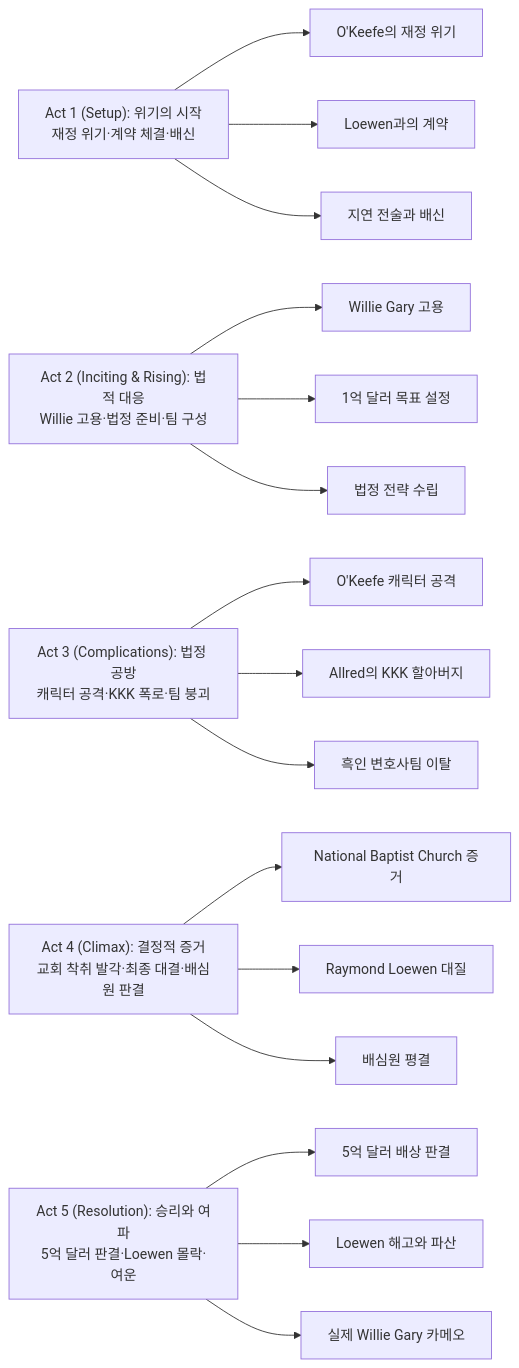
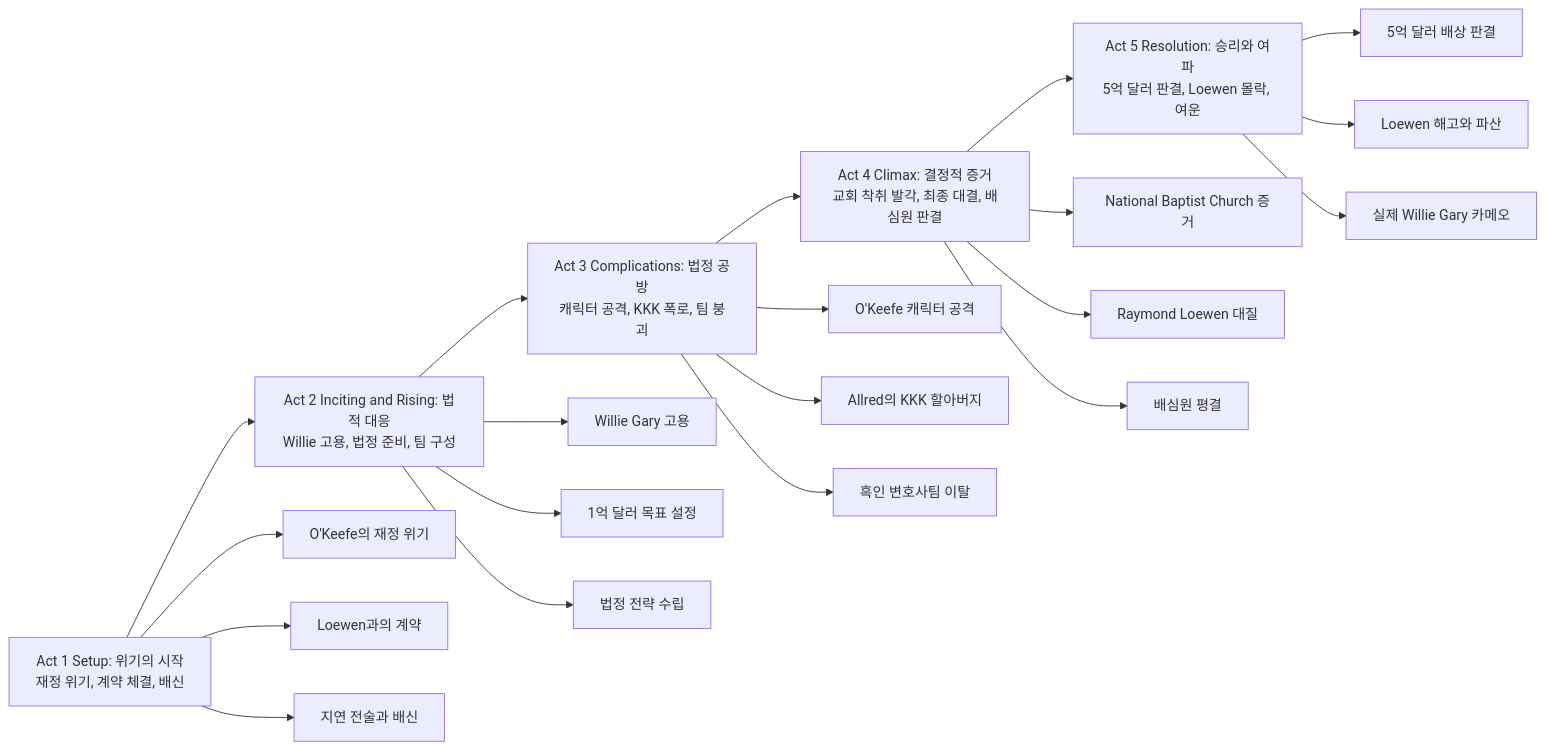
The diagram in content/collection/Movies/2023/2023-11-27-The-Burial-2023/index.md (42jerrykim/42jerrykim.github.io), drawn with Mermaid before and after one commit. The commit also changed other lines of this file and 15 other files, not shown here.

````diff
--- a/content/collection/Movies/2023/2023-11-27-The-Burial-2023/index.md
+++ b/content/collection/Movies/2023/2023-11-27-The-Burial-2023/index.md
@@ -104,23 +128,24 @@
 ```mermaid
 flowchart LR
-    A["Act 1 (Setup): 위기의 시작<br/>재정 위기·계약 체결·배신"]
-    B["Act 2 (Inciting & Rising): 법적 대응<br/>Willie 고용·법정 준비·팀 구성"]
-    C["Act 3 (Complications): 법정 공방<br/>캐릭터 공격·KKK 폭로·팀 붕괴"]
-    D["Act 4 (Climax): 결정적 증거<br/>교회 착취 발각·최종 대결·배심원 판결"]
-    E["Act 5 (Resolution): 승리와 여파<br/>5억 달러 판결·Loewen 몰락·여운"]
-    A --> A1["O'Keefe의 재정 위기"]
-    A --> A2["Loewen과의 계약"]
-    A --> A3["지연 전술과 배신"]
-    B --> B1["Willie Gary 고용"]
-    B --> B2["1억 달러 목표 설정"]
-    B --> B3["법정 전략 수립"]
-    C --> C1["O'Keefe 캐릭터 공격"]
-    C --> C2["Allred의 KKK 할아버지"]
-    C --> C3["흑인 변호사팀 이탈"]
-    D --> D1["National Baptist Church 증거"]
-    D --> D2["Raymond Loewen 대질"]
-    D --> D3["배심원 평결"]
-    E --> E1["5억 달러 배상 판결"]
-    E --> E2["Loewen 해고와 파산"]
-    E --> E3["실제 Willie Gary 카메오"]
+    Act1["Act 1 Setup: 위기의 시작</br>재정 위기, 계약 체결, 배신"]
+    Act2["Act 2 Inciting and Rising: 법적 대응</br>Willie 고용, 법정 준비, 팀 구성"]
+    Act3["Act 3 Complications: 법정 공방</br>캐릭터 공격, KKK 폭로, 팀 붕괴"]
+    Act4["Act 4 Climax: 결정적 증거</br>교회 착취 발각, 최종 대결, 배심원 판결"]
+    Act5["Act 5 Resolution: 승리와 여파</br>5억 달러 판결, Loewen 몰락, 여운"]
+    Act1 --> Act2 --> Act3 --> Act4 --> Act5
+    Act1 --> Setup1["O'Keefe의 재정 위기"]
+    Act1 --> Setup2["Loewen과의 계약"]
+    Act1 --> Setup3["지연 전술과 배신"]
+    Act2 --> Rising1["Willie Gary 고용"]
+    Act2 --> Rising2["1억 달러 목표 설정"]
+    Act2 --> Rising3["법정 전략 수립"]
+    Act3 --> Comp1["O'Keefe 캐릭터 공격"]
+    Act3 --> Comp2["Allred의 KKK 할아버지"]
+    Act3 --> Comp3["흑인 변호사팀 이탈"]
+    Act4 --> Climax1["National Baptist Church 증거"]
+    Act4 --> Climax2["Raymond Loewen 대질"]
+    Act4 --> Climax3["배심원 평결"]
+    Act5 --> Res1["5억 달러 배상 판결"]
+    Act5 --> Res2["Loewen 해고와 파산"]
+    Act5 --> Res3["실제 Willie Gary 카메오"]
 ```
````
